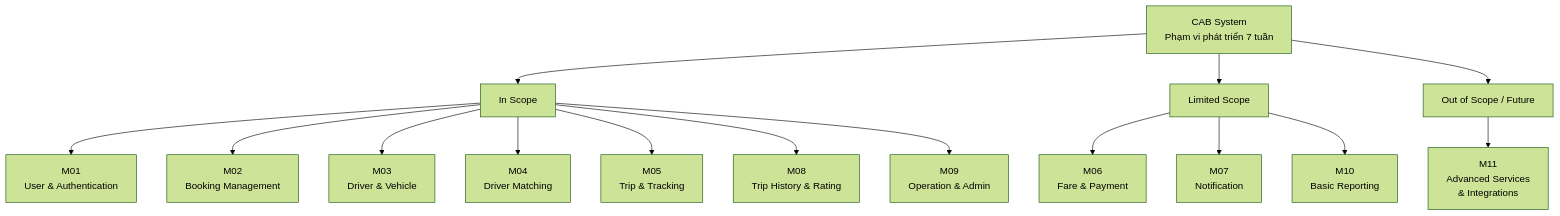
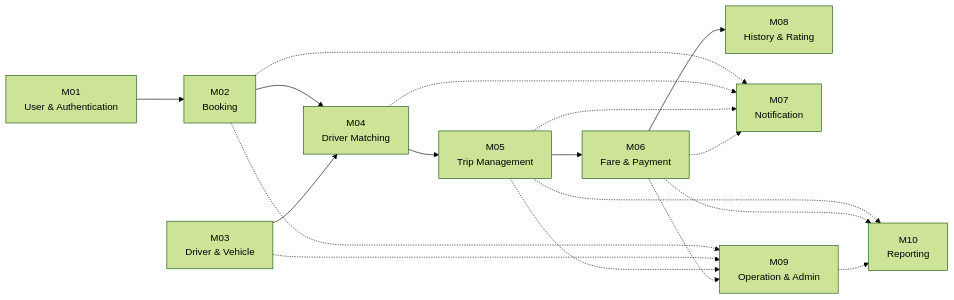
Before and after one commit to ntthuyvy0205-source/23662281_NguyenThiThuyVy_CABSYSTEM: the eighth of 28 diagrams in SRS.md, drawn with Mermaid (forest theme). The commit also changed other lines of this file, not shown here.

````diff
--- a/SRS.md
+++ b/SRS.md
@@ -258,23 +1155,36 @@
 ```mermaid
-flowchart TB
+flowchart LR
 
-    CAB["CAB System<br/>Phạm vi phát triển 7 tuần"]
+    M01["M01<br/>User & Authentication"]
+    M02["M02<br/>Booking"]
+    M04["M04<br/>Driver Matching"]
+    M05["M05<br/>Trip Management"]
+    M06["M06<br/>Fare & Payment"]
+    M08["M08<br/>History & Rating"]
 
-    CAB --> CORE["In Scope"]
-    CAB --> LIMITED["Limited Scope"]
-    CAB --> FUTURE["Out of Scope / Future"]
+    M03["M03<br/>Driver & Vehicle"]
+    M07["M07<br/>Notification"]
+    M09["M09<br/>Operation & Admin"]
+    M10["M10<br/>Reporting"]
 
-    CORE --> M01["M01<br/>User & Authentication"]
-    CORE --> M02["M02<br/>Booking Management"]
-    CORE --> M03["M03<br/>Driver & Vehicle"]
-    CORE --> M04["M04<br/>Driver Matching"]
-    CORE --> M05["M05<br/>Trip & Tracking"]
-    CORE --> M08["M08<br/>Trip History & Rating"]
-    CORE --> M09["M09<br/>Operation & Admin"]
+    M01 --> M02
+    M02 --> M04
+    M03 --> M04
+    M04 --> M05
+    M05 --> M06
+    M06 --> M08
 
-    LIMITED --> M06["M06<br/>Fare & Payment"]
-    LIMITED --> M07["M07<br/>Notification"]
-    LIMITED --> M10["M10<br/>Basic Reporting"]
+    M02 -.-> M07
+    M04 -.-> M07
+    M05 -.-> M07
+    M06 -.-> M07
 
-    FUTURE --> M11["M11<br/>Advanced Services<br/>& Integrations"]
+    M02 -.-> M09
+    M03 -.-> M09
+    M05 -.-> M09
+    M06 -.-> M09
+
+    M05 -.-> M10
+    M06 -.-> M10
+    M09 -.-> M10
 ```
````
